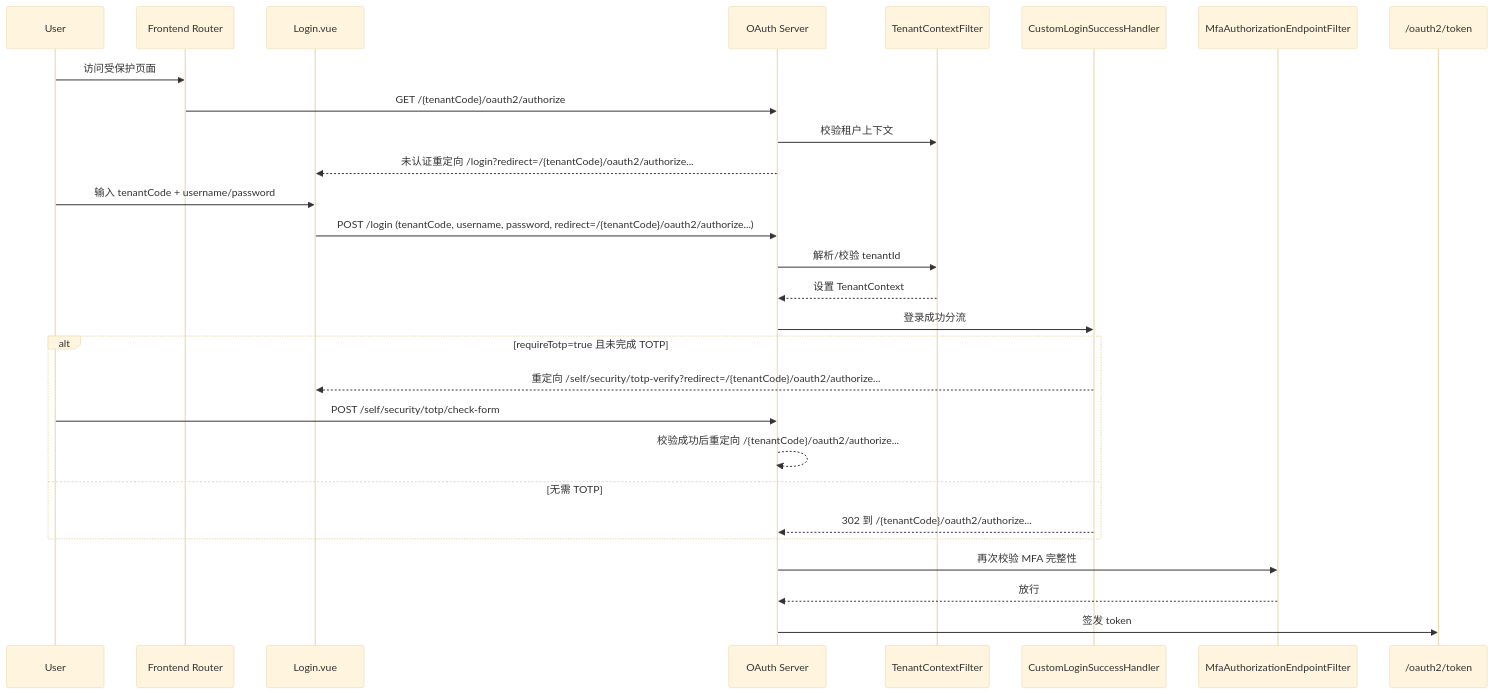
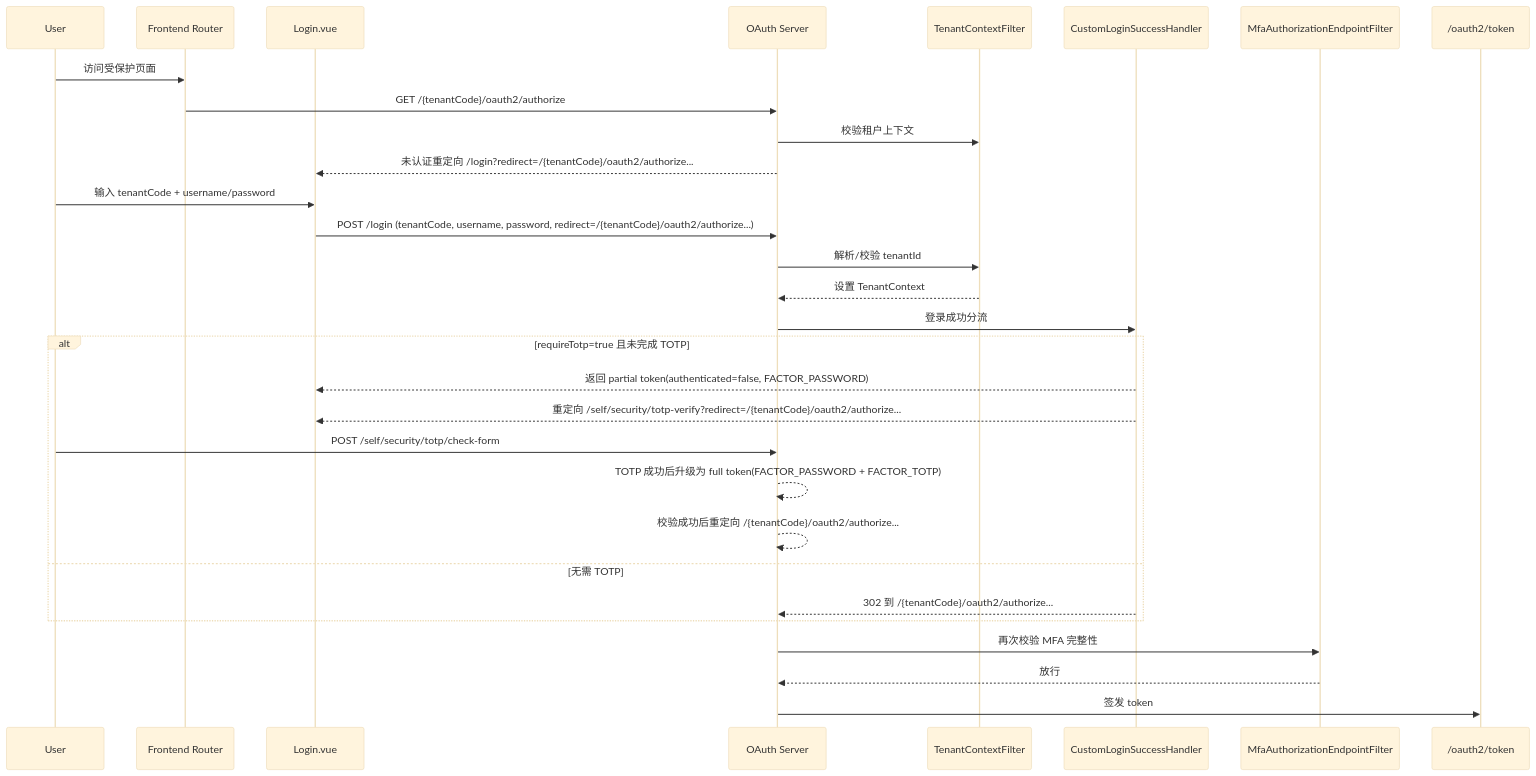
Before and after one commit to Sramler/tiny-platform: the diagram in tiny-oauth-server/docs/登录与租户认证流程.md, drawn with Mermaid (base theme). The commit also changed other lines of this file and 59 other files, not shown here.

Commit message:
feat(oauth): harden mfa flow and add webapp automation

````diff
--- a/tiny-oauth-server/docs/登录与租户认证流程.md
+++ b/tiny-oauth-server/docs/登录与租户认证流程.md
@@ -41,31 +56,33 @@
 ```mermaid
 sequenceDiagram
   participant U as User
   participant R as Frontend Router
   participant L as Login.vue
   participant S as OAuth Server
   participant TF as TenantContextFilter
   participant H as CustomLoginSuccessHandler
   participant M as MfaAuthorizationEndpointFilter
   participant T as /oauth2/token
 
   U->>R: 访问受保护页面
   R->>S: GET /{tenantCode}/oauth2/authorize
   S->>TF: 校验租户上下文
   S-->>L: 未认证重定向 /login?redirect=/{tenantCode}/oauth2/authorize...
   U->>L: 输入 tenantCode + username/password
   L->>S: POST /login (tenantCode, username, password, redirect=/{tenantCode}/oauth2/authorize...)
   S->>TF: 解析/校验 tenantId
   TF-->>S: 设置 TenantContext
   S->>H: 登录成功分流
   alt requireTotp=true 且未完成 TOTP
+    H-->>L: 返回 partial token(authenticated=false, FACTOR_PASSWORD)
     H-->>L: 重定向 /self/security/totp-verify?redirect=/{tenantCode}/oauth2/authorize...
     U->>S: POST /self/security/totp/check-form
+    S-->>S: TOTP 成功后升级为 full token(FACTOR_PASSWORD + FACTOR_TOTP)
     S-->>S: 校验成功后重定向 /{tenantCode}/oauth2/authorize...
   else 无需 TOTP
     H-->>S: 302 到 /{tenantCode}/oauth2/authorize...
   end
   S->>M: 再次校验 MFA 完整性
   M-->>S: 放行
   S->>T: 签发 token
 ```
````
